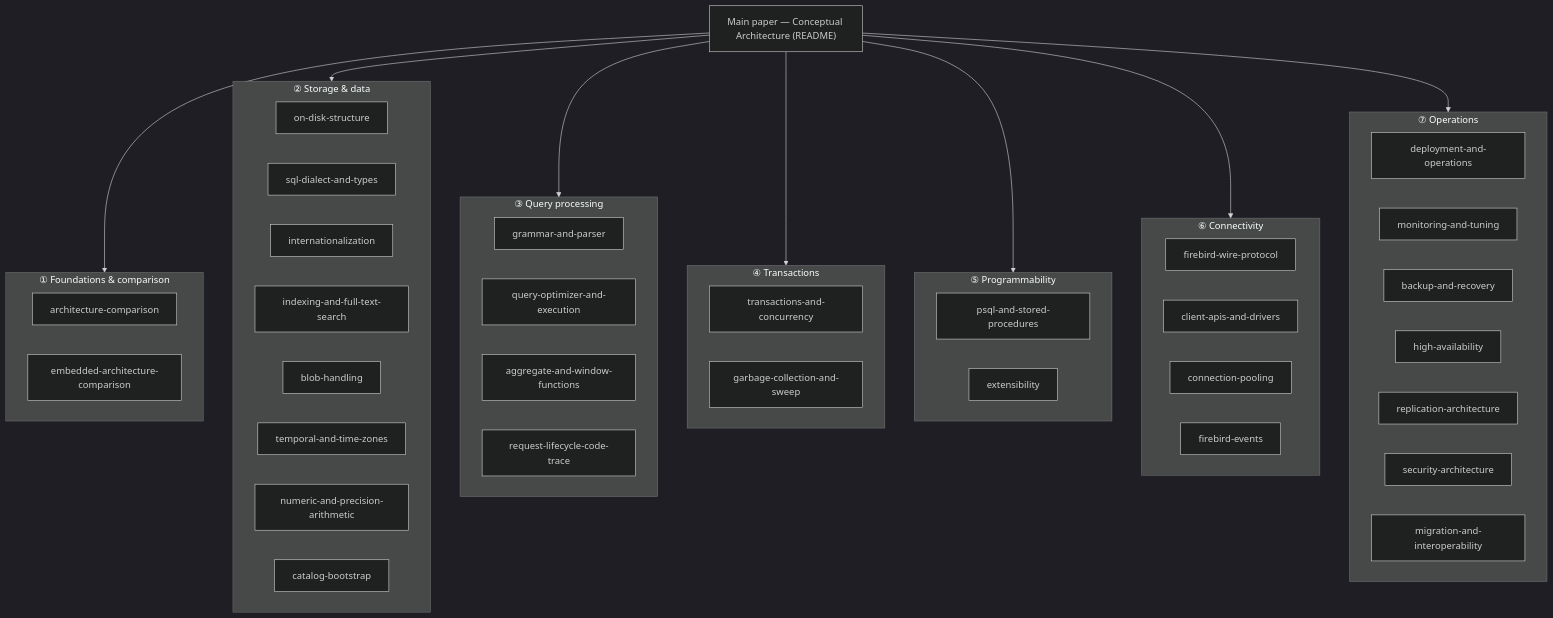
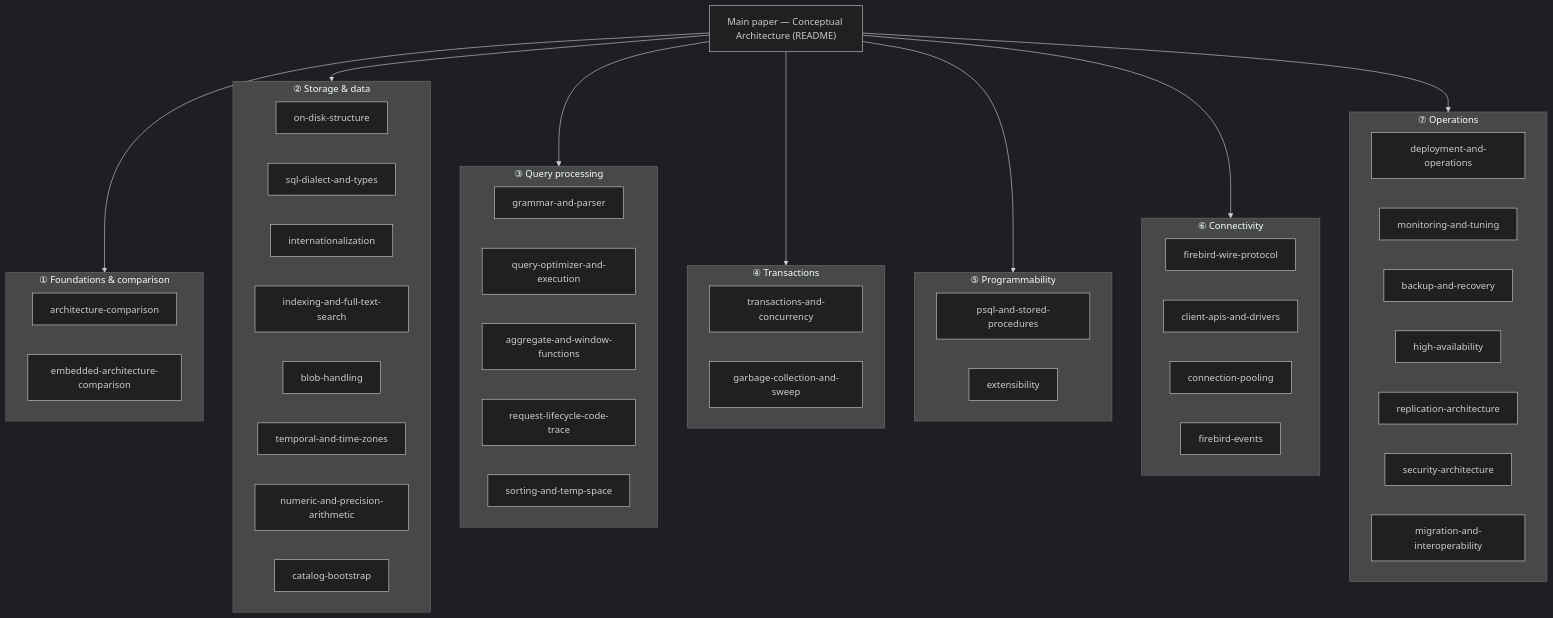
Before and after one commit to mariuz/conceptual-architecture-for-firebird-paper: the diagram in READING-GUIDE.md, drawn with Mermaid (dark theme). The commit also changed other lines of this file and 2 other files, not shown here.

First line of the commit message:
Add sorting and temporary space document

````diff
--- a/READING-GUIDE.md
+++ b/READING-GUIDE.md
@@ -9,50 +9,51 @@
 ```mermaid
 flowchart TB
     PAPER["Main paper — Conceptual Architecture (README)"]
 
     PAPER --> T1 & T2 & T3 & T4 & T5 & T6 & T7
 
     subgraph T1["① Foundations & comparison"]
         A1["architecture-comparison"]
         A2["embedded-architecture-comparison"]
     end
     subgraph T2["② Storage & data"]
         B1["on-disk-structure"]
         B2["sql-dialect-and-types"]
         B3["internationalization"]
         B4["indexing-and-full-text-search"]
         B5["blob-handling"]
         B6["temporal-and-time-zones"]
         B7["numeric-and-precision-arithmetic"]
         B8["catalog-bootstrap"]
     end
     subgraph T3["③ Query processing"]
         C1["grammar-and-parser"]
         C2["query-optimizer-and-execution"]
         C3["aggregate-and-window-functions"]
         C4["request-lifecycle-code-trace"]
+        C5["sorting-and-temp-space"]
     end
     subgraph T4["④ Transactions"]
         D1["transactions-and-concurrency"]
         D2["garbage-collection-and-sweep"]
     end
     subgraph T5["⑤ Programmability"]
         E1["psql-and-stored-procedures"]
         E2["extensibility"]
     end
     subgraph T6["⑥ Connectivity"]
         F1["firebird-wire-protocol"]
         F2["client-apis-and-drivers"]
         F3["connection-pooling"]
         F4["firebird-events"]
     end
     subgraph T7["⑦ Operations"]
         G1["deployment-and-operations"]
         G2["monitoring-and-tuning"]
         G3["backup-and-recovery"]
         G4["high-availability"]
         G5["replication-architecture"]
         G6["security-architecture"]
         G7["migration-and-interoperability"]
     end
 ```
````
